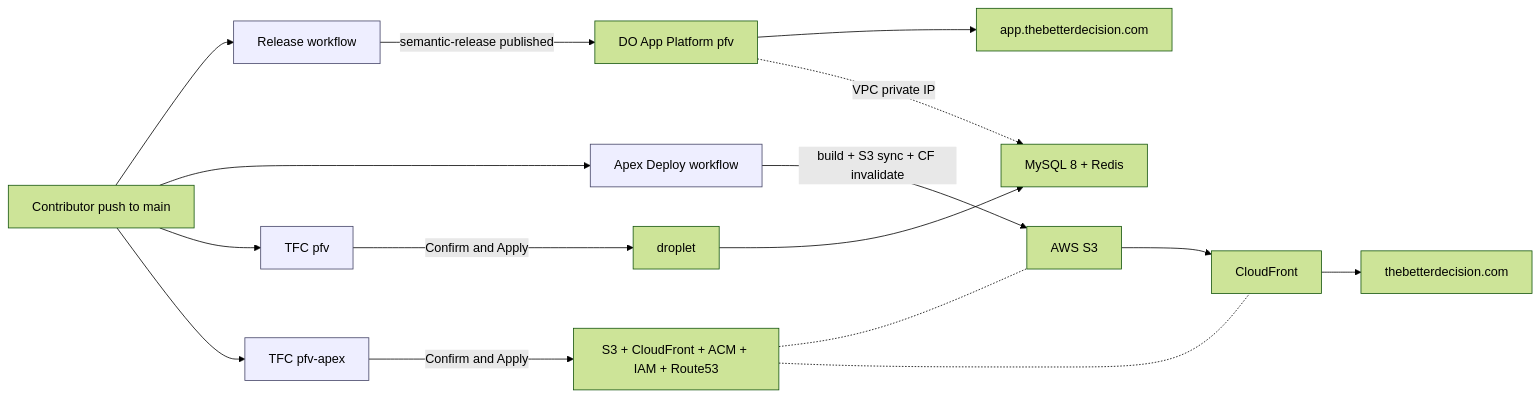
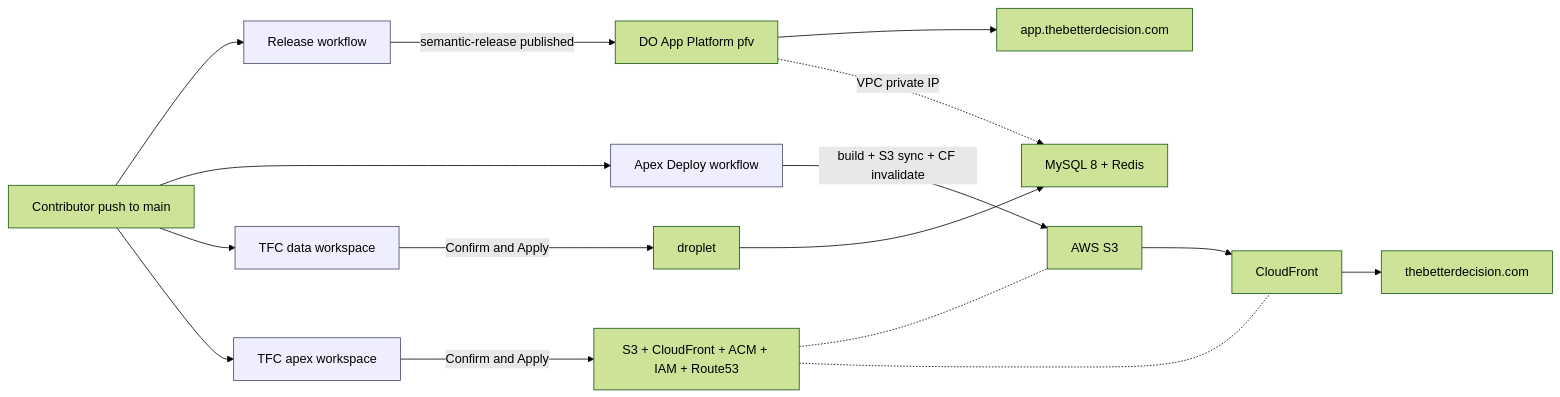
Before and after one commit to fjcloudaiconsulting/tbd: the first of 8 diagrams in DEPLOYMENT.md, drawn with Mermaid (forest theme). The commit also changed other lines of this file and 2 other files, not shown here.

First line of the commit message:
docs(infra): finish the TFC workspace scrub the first pass left half-done (TBD-372)

````diff
--- a/DEPLOYMENT.md
+++ b/DEPLOYMENT.md
@@ -20,25 +20,25 @@
 ```mermaid
 flowchart LR
   dev[Contributor push to main] --> rel[Release workflow]
   dev --> apex[Apex Deploy workflow]
-  dev --> tfc1[TFC pfv]
-  dev --> tfc2[TFC pfv-apex]
+  dev --> tfc1[TFC data workspace]
+  dev --> tfc2[TFC apex workspace]
 
   rel -->|semantic-release published| do[DO App Platform pfv]
   do --> appurl[app.thebetterdecision.com]
 
   apex -->|build + S3 sync + CF invalidate| s3[AWS S3]
   s3 --> cf[CloudFront]
   cf --> apexurl[thebetterdecision.com]
 
   tfc1 -->|Confirm and Apply| droplet[<data-droplet> droplet]
   droplet --> db[MySQL 8 + Redis]
   do -.->|VPC private IP| db
 
   tfc2 -->|Confirm and Apply| awsctl[S3 + CloudFront + ACM + IAM + Route53]
   awsctl -.- s3
   awsctl -.- cf
 
   classDef pipe fill:#eef,stroke:#446
   class rel,apex,tfc1,tfc2 pipe
 ```
````
